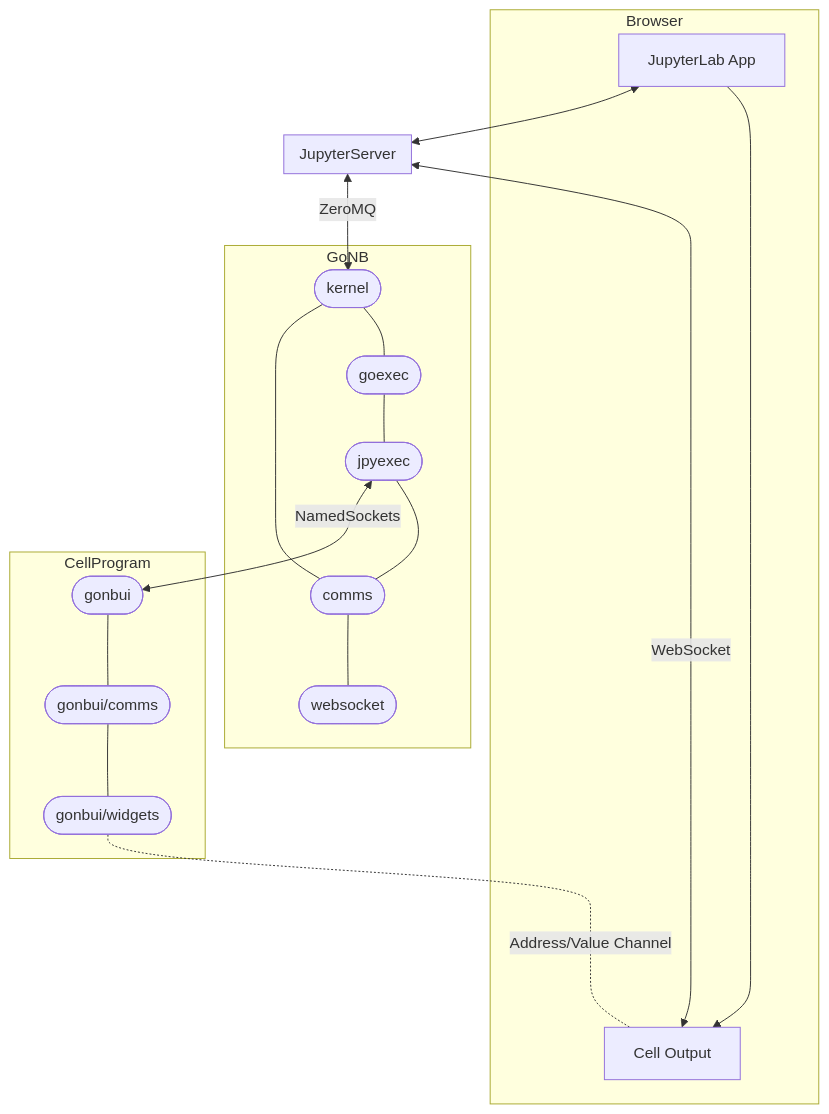
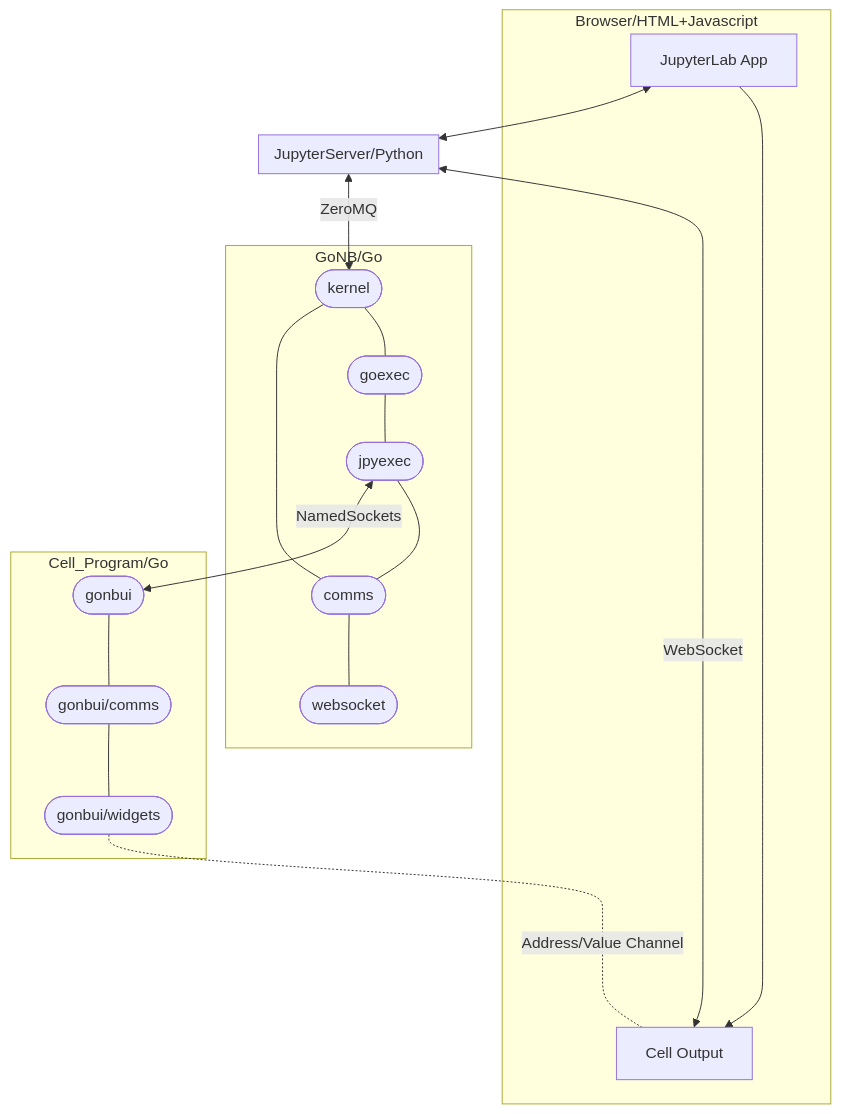
Before and after one commit to janpfeifer/gonb: the diagram in docs/FrontEndCommunication.md, drawn with Mermaid.

Commit message:
Added language to processes.

````diff
--- a/docs/FrontEndCommunication.md
+++ b/docs/FrontEndCommunication.md
@@ -161,27 +161,27 @@
 ```mermaid
 flowchart TD;
-   subgraph Browser;
+   subgraph Browser/HTML+Javascript;
     A1[JupyterLab App]-->A2[Cell Output];
    end;
 
-   subgraph B[JupyterServer];
+   subgraph B[JupyterServer/Python];
    end;
     A1<-->B;
     A2<-->|WebSocket|B;
     B<-->|ZeroMQ|G1;
 
-   subgraph GoNB;
+   subgraph GoNB/Go;
     G1([kernel])---G2([goexec]);
     G2---G3([jpyexec]);
     G3---G4([comms]);
     G1---G4;
     G4---G5([websocket]);
    end;
     G3<-->|NamedSockets|C1([gonbui]);
 
-   subgraph CellProgram;
+   subgraph Cell_Program/Go;
     C1---C2([gonbui/comms]);
     C2---C3([gonbui/widgets]);
    end;
     C3-...-|Address/Value Channel|A2;
 ```
````
